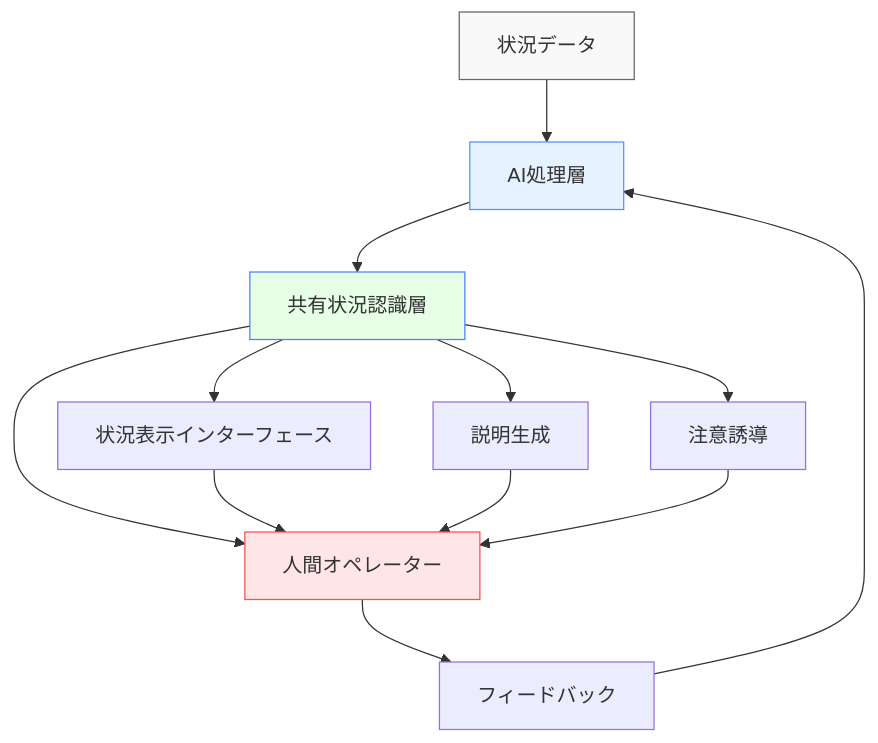
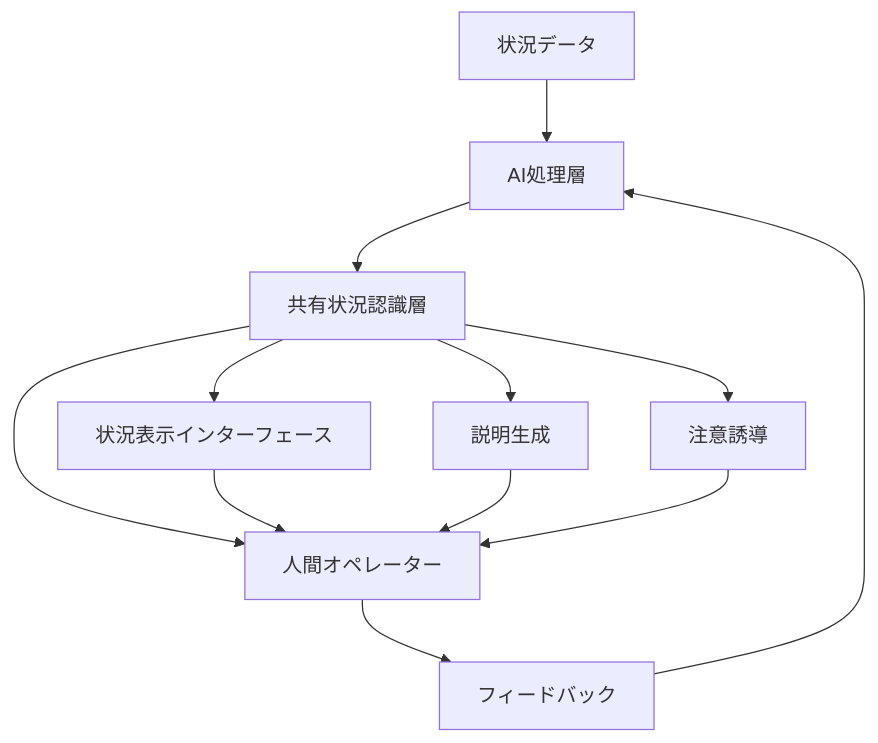
One commit to shuji-bonji/Situational-Awareness-and-Decision-Making changed the fourth of 4 diagrams in docs/ai-and-future/ai-sa-context.md. Above: the diagram before and after it, drawn with Mermaid. The commit also changed other lines of this file and 49 other files, not shown here.

Commit message:
fix: ダークモードで見づらい図の色の変更

````diff
--- a/docs/ai-and-future/ai-sa-context.md
+++ b/docs/ai-and-future/ai-sa-context.md
@@ -238,21 +226,16 @@
 ```mermaid
 graph TD
     A[状況データ] --> B[AI処理層]
     B --> C[共有状況認識層]
     C --> D[人間オペレーター]
     D --> E[フィードバック]
     E --> B
     
     C --> F[状況表示インターフェース]
     C --> G[説明生成]
     C --> H[注意誘導]
     
     F --> D
     G --> D
     H --> D
-    
-    style A fill:#f9f9f9,stroke:#666
-    style B fill:#e6f2ff,stroke:#4d94ff
-    style C fill:#e6ffe6,stroke:#4d7fff
-    style D fill:#ffe6e6,stroke:#ff4d4d
 ```
````
